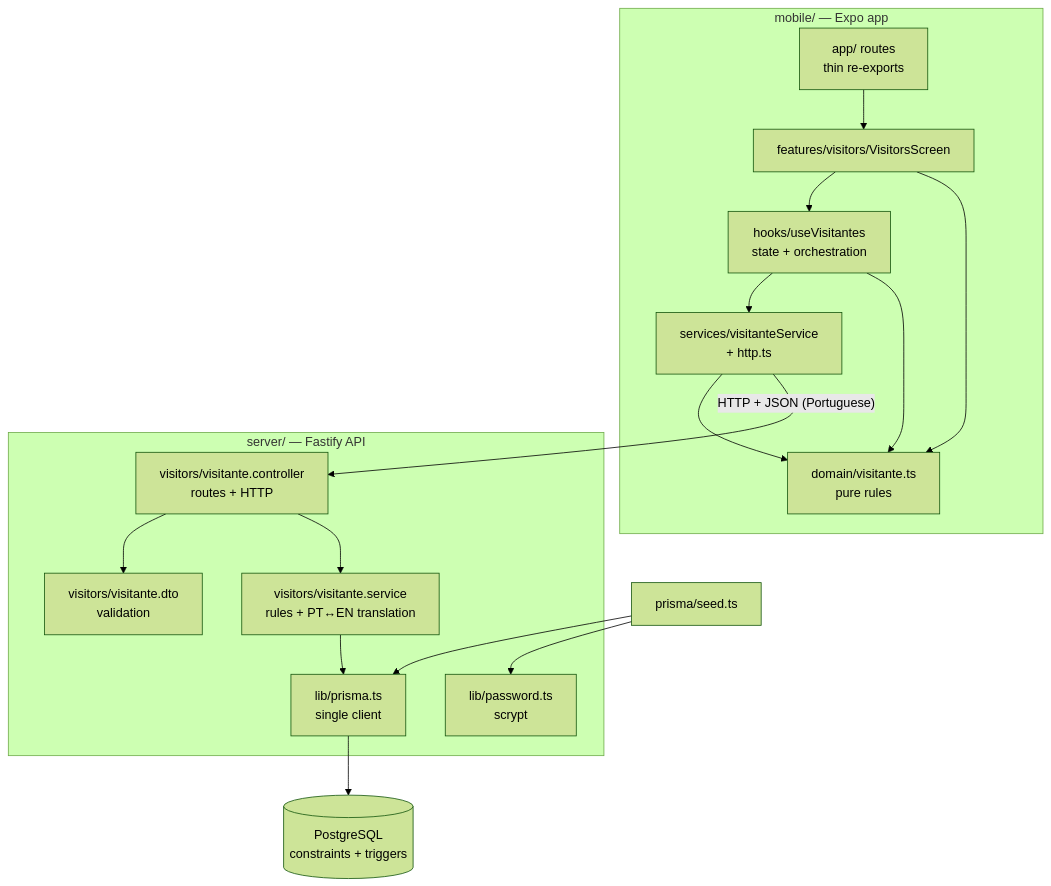
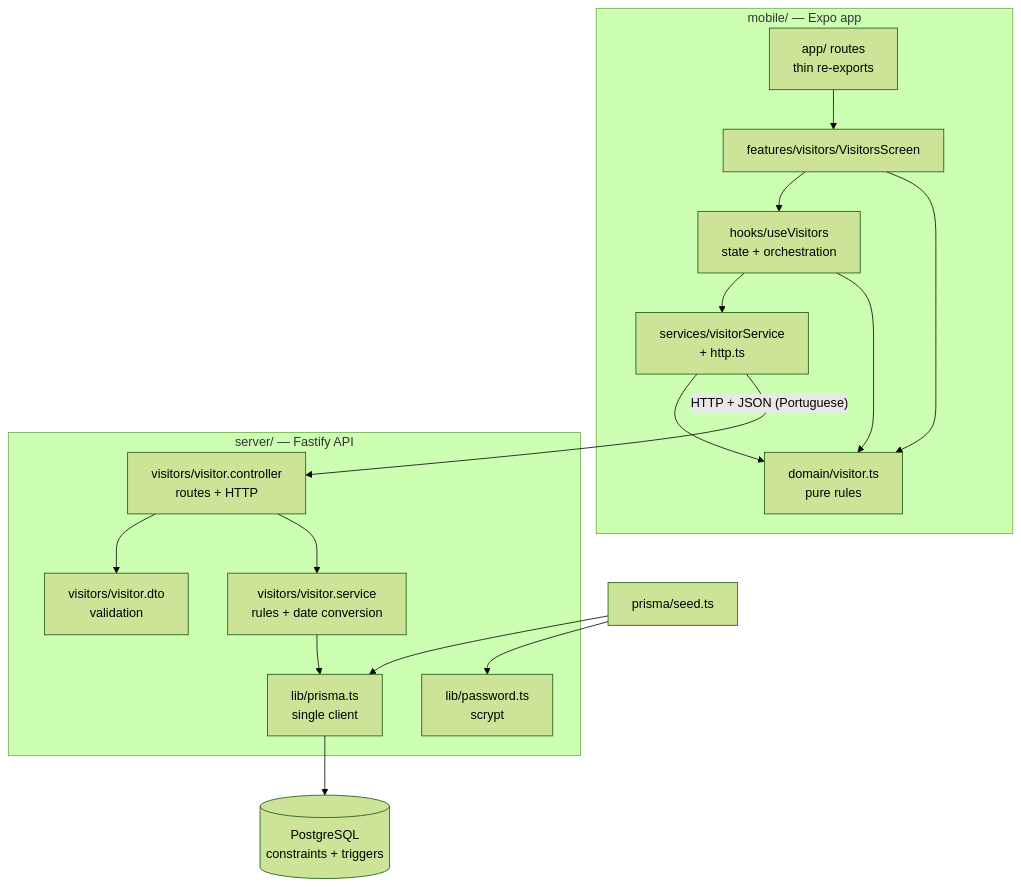
Before and after one commit to devfilip1/Condfy: the first of 2 diagrams in docs/architecture.md, drawn with Mermaid (forest theme). The commit also changed other lines of this file and 11 other files, not shown here.

````diff
--- a/docs/architecture.md
+++ b/docs/architecture.md
@@ -22,29 +22,29 @@
 ```mermaid
 flowchart TB
     subgraph mobile["mobile/ — Expo app"]
         route["app/ routes<br/>thin re-exports"]
         screen["features/visitors/VisitorsScreen"]
-        hook["hooks/useVisitantes<br/>state + orchestration"]
-        svc["services/visitanteService<br/>+ http.ts"]
-        dom["domain/visitante.ts<br/>pure rules"]
+        hook["hooks/useVisitors<br/>state + orchestration"]
+        svc["services/visitorService<br/>+ http.ts"]
+        dom["domain/visitor.ts<br/>pure rules"]
         route --> screen --> hook --> svc
         screen --> dom
         hook --> dom
         svc --> dom
     end
     subgraph server["server/ — Fastify API"]
-        ctl["visitors/visitante.controller<br/>routes + HTTP"]
-        dto["visitors/visitante.dto<br/>validation"]
-        ssvc["visitors/visitante.service<br/>rules + PT↔EN translation"]
+        ctl["visitors/visitor.controller<br/>routes + HTTP"]
+        dto["visitors/visitor.dto<br/>validation"]
+        ssvc["visitors/visitor.service<br/>rules + date conversion"]
         pc["lib/prisma.ts<br/>single client"]
         pw["lib/password.ts<br/>scrypt"]
         ctl --> dto
         ctl --> ssvc --> pc
     end
     db[("PostgreSQL<br/>constraints + triggers")]
     seed["prisma/seed.ts"]
     svc -- "HTTP + JSON (Portuguese)" --> ctl
     pc --> db
     seed --> pc
     seed --> pw
 ```
````
